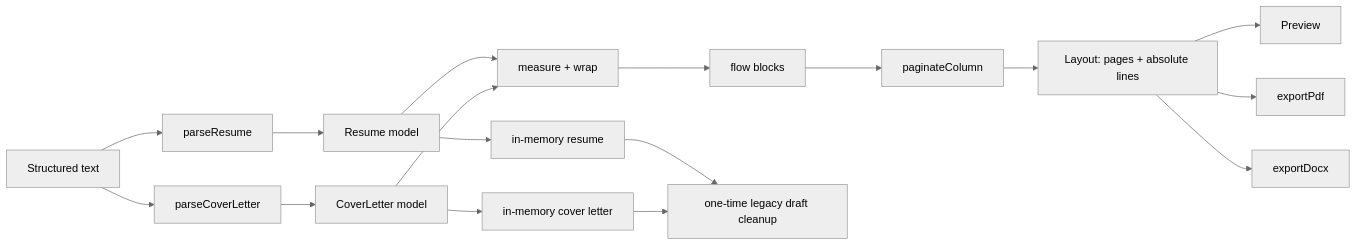
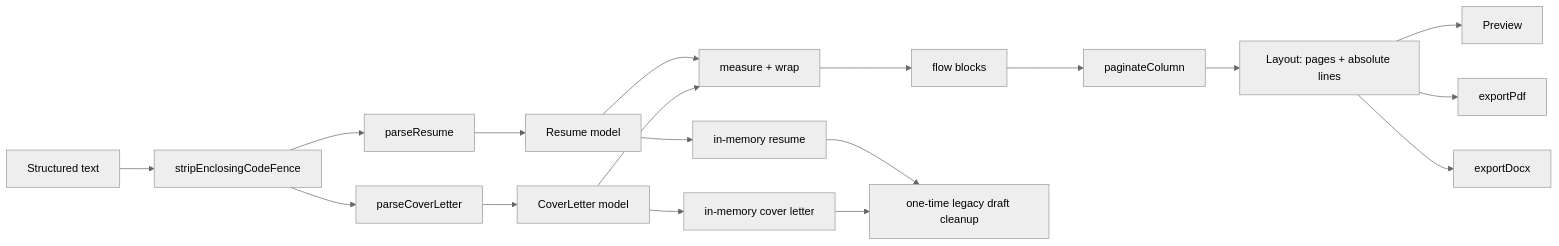
One commit to sparshsam/openresume changed the diagram in ARCHITECTURE.md. Above: the diagram before and after it, drawn with Mermaid (neutral theme). The commit also changed other lines of this file and 13 other files, not shown here.

````diff
--- a/ARCHITECTURE.md
+++ b/ARCHITECTURE.md
@@ -21,19 +21,20 @@
 ```mermaid
 flowchart LR
-  A[Structured text] --> B[parseResume]
-  A --> L[parseCoverLetter]
+  A[Structured text] --> P[stripEnclosingCodeFence]
+  P --> B[parseResume]
+  P --> L[parseCoverLetter]
   B --> C[Resume model]
   L --> M[CoverLetter model]
   C --> D[measure + wrap]
   M --> D
   D --> E[flow blocks]
   E --> F[paginateColumn]
   F --> G[Layout: pages + absolute lines]
   G --> H[Preview]
   G --> I[exportPdf]
   G --> J[exportDocx]
   C --> K[in-memory resume]
   M --> N[in-memory cover letter]
   K --> O[one-time legacy draft cleanup]
   N --> O
 ```
````
